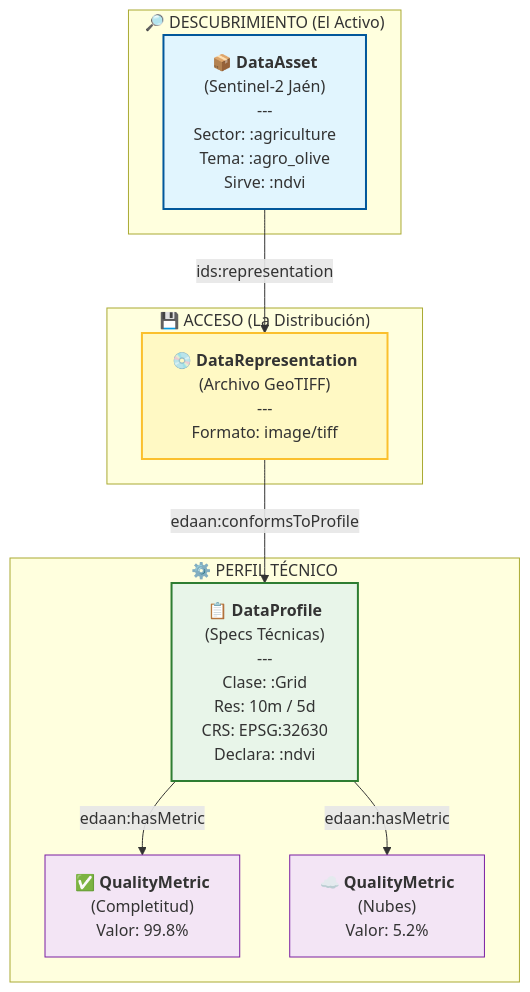
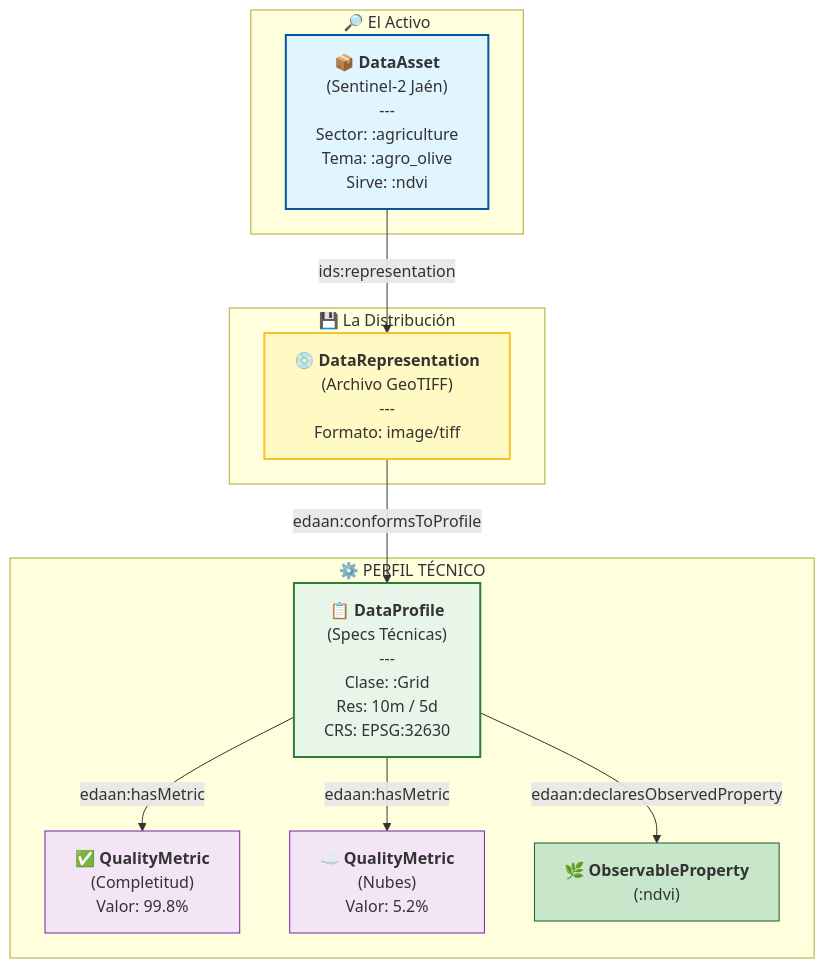
Before and after one commit to KhaosResearch/EDAAnOWL: the diagram in INTEGRATION_DEMO.md, drawn with Mermaid.

Commit message:
Add explicit ObservableProperty node to integration demo diagram

````diff
--- a/INTEGRATION_DEMO.md
+++ b/INTEGRATION_DEMO.md
@@ -21,31 +21,34 @@
 ```mermaid
 graph TD
     %% Subgraphs
-    subgraph "🔎 DESCUBRIMIENTO (El Activo)"
+    subgraph "🔎 El Activo"
         Asset["📦 <b>DataAsset</b><br/>(Sentinel-2 Jaén)<br/>---<br/>Sector: :agriculture<br/>Tema: :agro_olive<br/>Sirve: :ndvi"]
     end
 
-    subgraph "💾 ACCESO (La Distribución)"
+    subgraph "💾 La Distribución"
         Dist["💿 <b>DataRepresentation</b><br/>(Archivo GeoTIFF)<br/>---<br/>Formato: image/tiff"]
     end
 
     subgraph "⚙️ PERFIL TÉCNICO"
-        Profile["📋 <b>DataProfile</b><br/>(Specs Técnicas)<br/>---<br/>Clase: :Grid<br/>Res: 10m / 5d<br/>CRS: EPSG:32630<br/>Declara: :ndvi"]
+        Profile["📋 <b>DataProfile</b><br/>(Specs Técnicas)<br/>---<br/>Clase: :Grid<br/>Res: 10m / 5d<br/>CRS: EPSG:32630"]
         
         Metric1["✅ <b>QualityMetric</b><br/>(Completitud)<br/>Valor: 99.8%"]
         Metric2["☁️ <b>QualityMetric</b><br/>(Nubes)<br/>Valor: 5.2%"]
+        ObsProp["🌿 <b>ObservableProperty</b><br/>(:ndvi)"]
     end
 
     %% Relationships
     Asset -->|"ids:representation"| Dist
     Dist -->|"edaan:conformsToProfile"| Profile
     Profile -->|"edaan:hasMetric"| Metric1
     Profile -->|"edaan:hasMetric"| Metric2
+    Profile -->|"edaan:declaresObservedProperty"| ObsProp
 
     %% Styling
     style Asset fill:#e1f5fe,stroke:#01579b,stroke-width:2px
     style Dist fill:#fff9c4,stroke:#fbc02d,stroke-width:2px
     style Profile fill:#e8f5e9,stroke:#2e7d32,stroke-width:2px
     style Metric1 fill:#f3e5f5,stroke:#7b1fa2,stroke-width:1px
     style Metric2 fill:#f3e5f5,stroke:#7b1fa2,stroke-width:1px
+    style ObsProp fill:#c8e6c9,stroke:#1b5e20,stroke-width:1px
 ```
````
